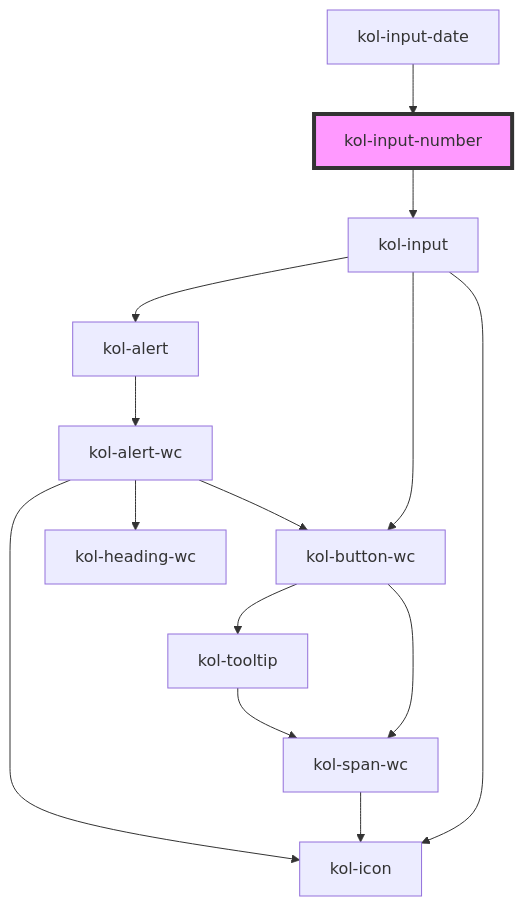
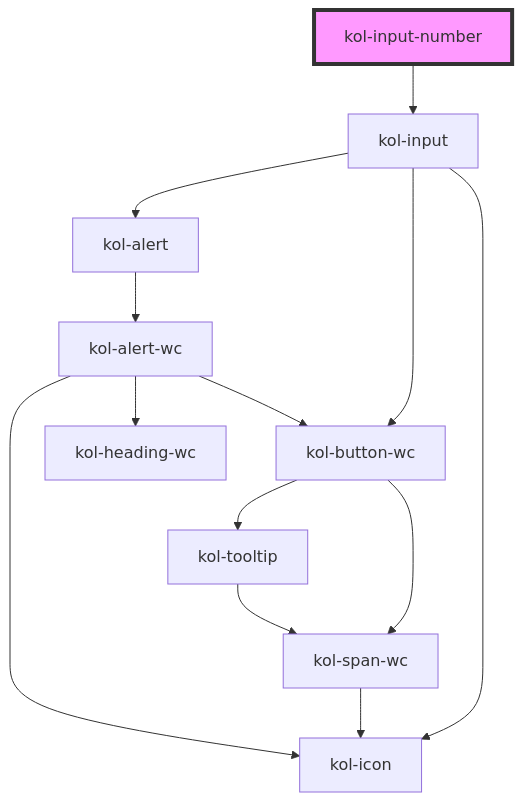
Before and after one commit to public-ui/kolibri: the diagram in packages/components/src/components/input-number/readme.md, drawn with Mermaid. The commit also changed other lines of this file, not shown here.

````diff
--- a/packages/components/src/components/input-number/readme.md
+++ b/packages/components/src/components/input-number/readme.md
@@ -76,17 +72,16 @@
 ```mermaid
 graph TD;
   kol-input-number --> kol-input
   kol-input --> kol-icon
   kol-input --> kol-button-wc
   kol-input --> kol-alert
   kol-button-wc --> kol-span-wc
   kol-button-wc --> kol-tooltip
   kol-span-wc --> kol-icon
   kol-tooltip --> kol-span-wc
   kol-alert --> kol-alert-wc
   kol-alert-wc --> kol-heading-wc
   kol-alert-wc --> kol-button-wc
   kol-alert-wc --> kol-icon
-  kol-input-date --> kol-input-number
   style kol-input-number fill:#f9f,stroke:#333,stroke-width:4px
 ```
````
